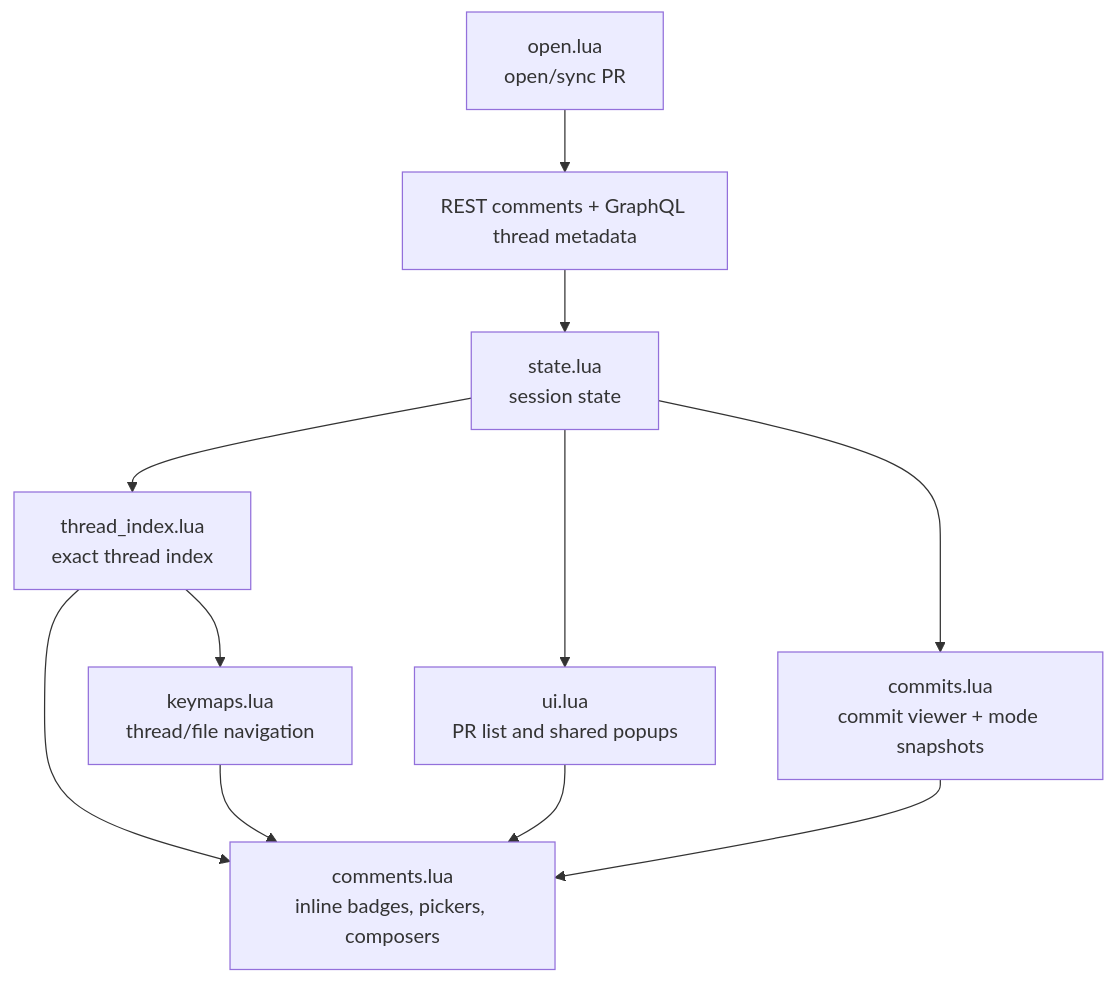
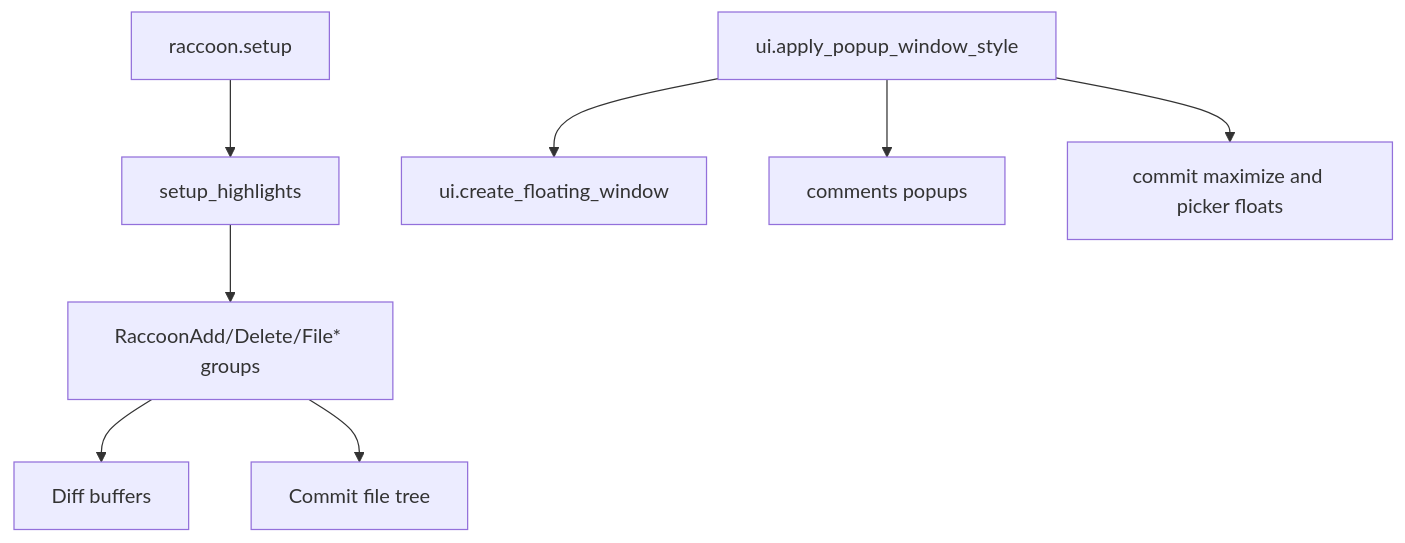
The first of 2 diagrams in ARCHITECTURE_DIFF.md (bajor/nvim-raccoon), drawn with Mermaid before and after one commit. The commit also changed other lines of this file and 8 other files, not shown here.

````diff
--- a/ARCHITECTURE_DIFF.md
+++ b/ARCHITECTURE_DIFF.md
@@ -9,13 +9,10 @@
 ```mermaid
-graph TD
-    A[open.lua\nopen/sync PR] --> B[REST comments + GraphQL thread metadata]
-    B --> C[state.lua\nsession state]
-    C --> D[thread_index.lua\nexact thread index]
-    D --> E[comments.lua\ninline badges, pickers, composers]
-    D --> F[keymaps.lua\nthread/file navigation]
-    C --> G[ui.lua\nPR list and shared popups]
-    C --> H[commits.lua\ncommit viewer + mode snapshots]
-    F --> E
-    G --> E
-    H --> E
+flowchart TD
+    A[raccoon.setup] --> B[setup_highlights]
+    B --> C[RaccoonAdd/Delete/File* groups]
+    C --> D[Diff buffers]
+    C --> E[Commit file tree]
+    F[ui.apply_popup_window_style] --> G[ui.create_floating_window]
+    F --> H[comments popups]
+    F --> I[commit maximize and picker floats]
 ```
````
